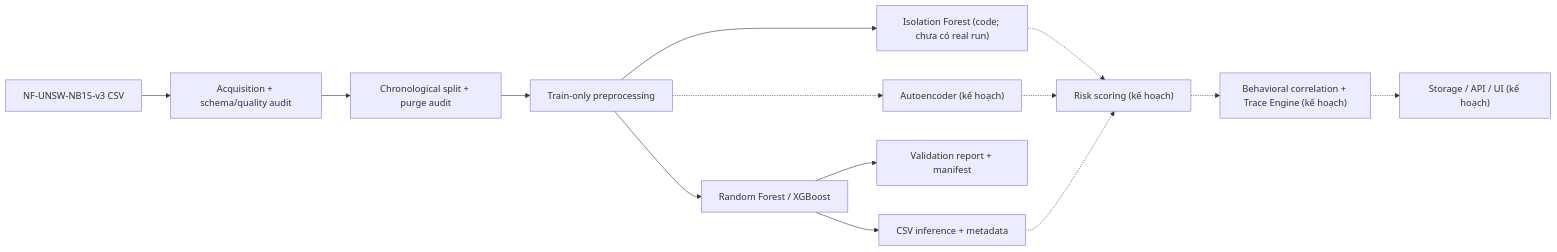
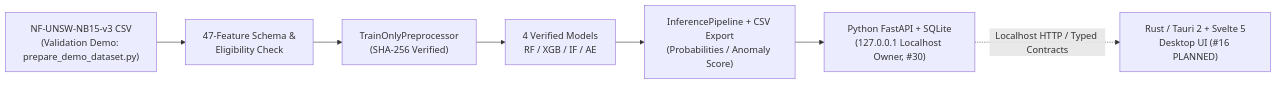
Before and after one commit to doctor-cato/AI-NETWORK-ANOMALY-DETECTION-TRACEABILITY-MAIN: the diagram in README.md, drawn with Mermaid. The commit also changed other lines of this file and 23 other files, not shown here.

First line of the commit message:
feat(consolidation): 4-model inference, Validation demo CSV flow, and Tauri 2 roadmap sync (#65)

````diff
--- a/README.md
+++ b/README.md
@@ -43,16 +48,9 @@
 ```mermaid
 flowchart LR
-    A["NF-UNSW-NB15-v3 CSV"] --> B["Acquisition + schema/quality audit"]
-    B --> C["Chronological split + purge audit"]
-    C --> D["Train-only preprocessing"]
-    D --> E["Random Forest / XGBoost"]
-    D --> F["Isolation Forest (code; chưa có real run)"]
-    D -.-> G["Autoencoder (kế hoạch)"]
-    E --> H["Validation report + manifest"]
-    E --> I["CSV inference + metadata"]
-    F -.-> J["Risk scoring (kế hoạch)"]
-    G -.-> J
-    I -.-> J
-    J -.-> K["Behavioral correlation + Trace Engine (kế hoạch)"]
-    K -.-> L["Storage / API / UI (kế hoạch)"]
+    A["NF-UNSW-NB15-v3 CSV<br/>(Validation Demo: prepare_demo_dataset.py)"] --> B["47-Feature Schema &<br/>Eligibility Check"]
+    B --> C["TrainOnlyPreprocessor<br/>(SHA-256 Verified)"]
+    C --> D["4 Verified Models<br/>RF / XGB / IF / AE"]
+    D --> E["InferencePipeline + CSV Export<br/>(Probabilities / Anomaly Score)"]
+    E --> F["Python FastAPI + SQLite<br/>(127.0.0.1 Localhost Owner, #30)"]
+    F -. "Localhost HTTP / Typed Contracts" .-> G["Rust / Tauri 2 + Svelte 5<br/>Desktop UI (#16 PLANNED)"]
 ```
````
